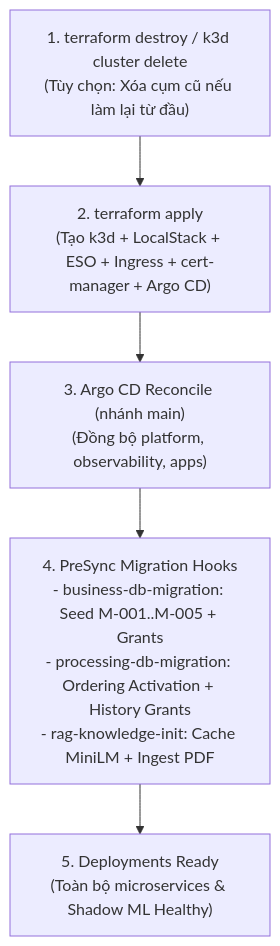
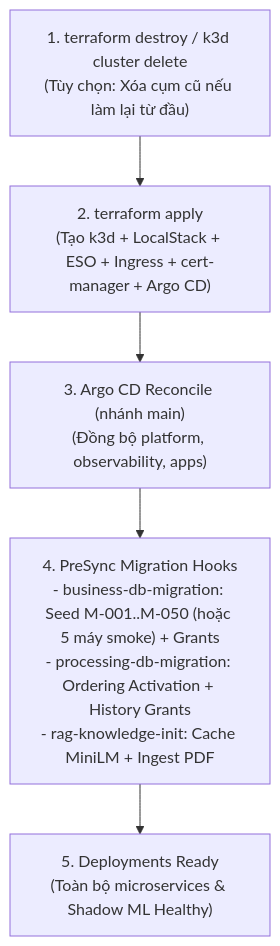
The diagram in docs/operations/LOCAL_DEMO_GUIDE.md (chiendz11/MaintAI), drawn with Mermaid before and after one commit. The commit also changed other lines of this file and 7 other files, not shown here.

````diff
--- a/docs/operations/LOCAL_DEMO_GUIDE.md
+++ b/docs/operations/LOCAL_DEMO_GUIDE.md
@@ -112,7 +112,7 @@
 ```mermaid
 flowchart TD
     A["1. terraform destroy / k3d cluster delete<br/>(Tùy chọn: Xóa cụm cũ nếu làm lại từ đầu)"] --> B["2. terraform apply<br/>(Tạo k3d + LocalStack + ESO + Ingress + cert-manager + Argo CD)"]
     B --> C["3. Argo CD Reconcile (nhánh main)<br/>(Đồng bộ platform, observability, apps)"]
-    C --> D["4. PreSync Migration Hooks<br/>- business-db-migration: Seed M-001..M-005 + Grants<br/>- processing-db-migration: Ordering Activation + History Grants<br/>- rag-knowledge-init: Cache MiniLM + Ingest PDF"]
+    C --> D["4. PreSync Migration Hooks<br/>- business-db-migration: Seed M-001..M-050 (hoặc 5 máy smoke) + Grants<br/>- processing-db-migration: Ordering Activation + History Grants<br/>- rag-knowledge-init: Cache MiniLM + Ingest PDF"]
     D --> E["5. Deployments Ready<br/>(Toàn bộ microservices & Shadow ML Healthy)"]
 ```
````
